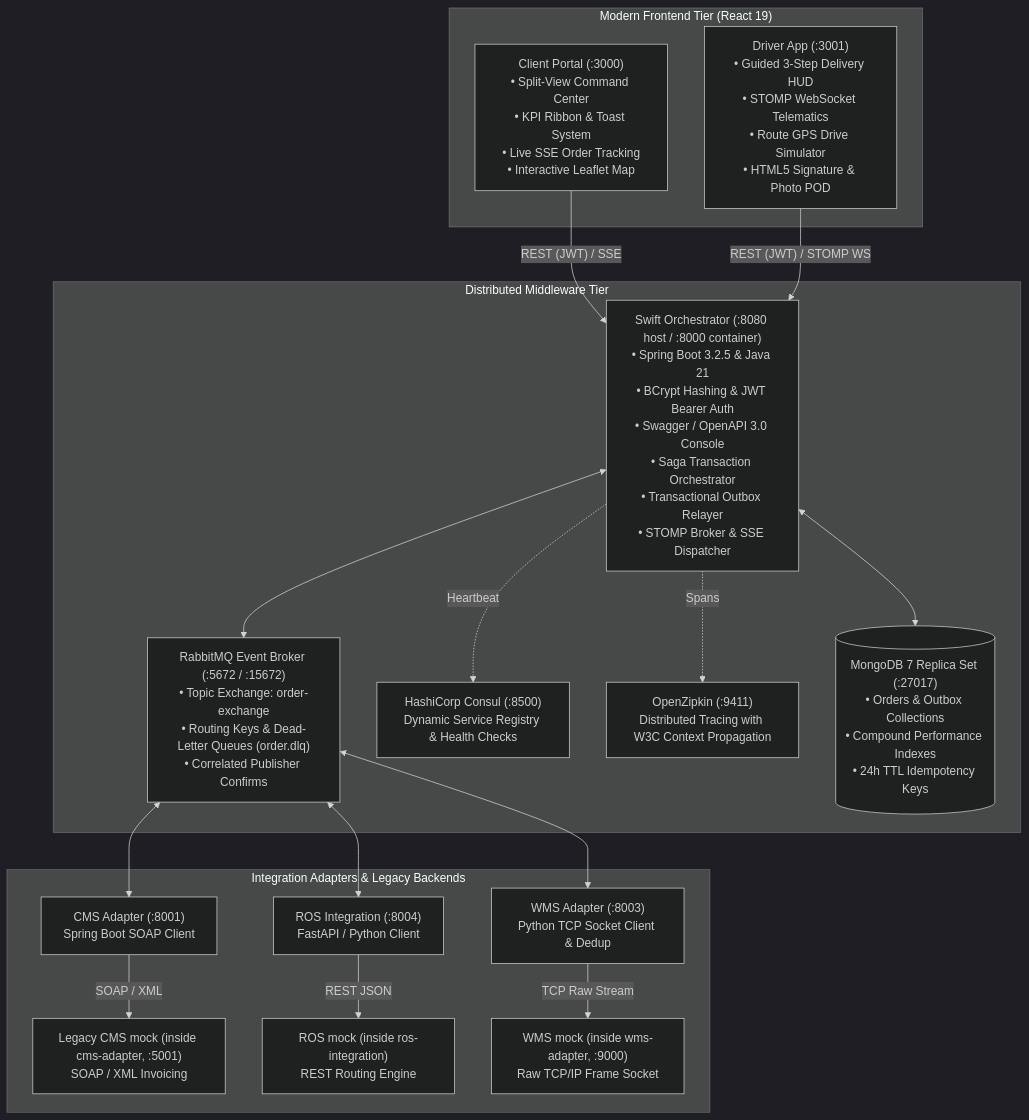
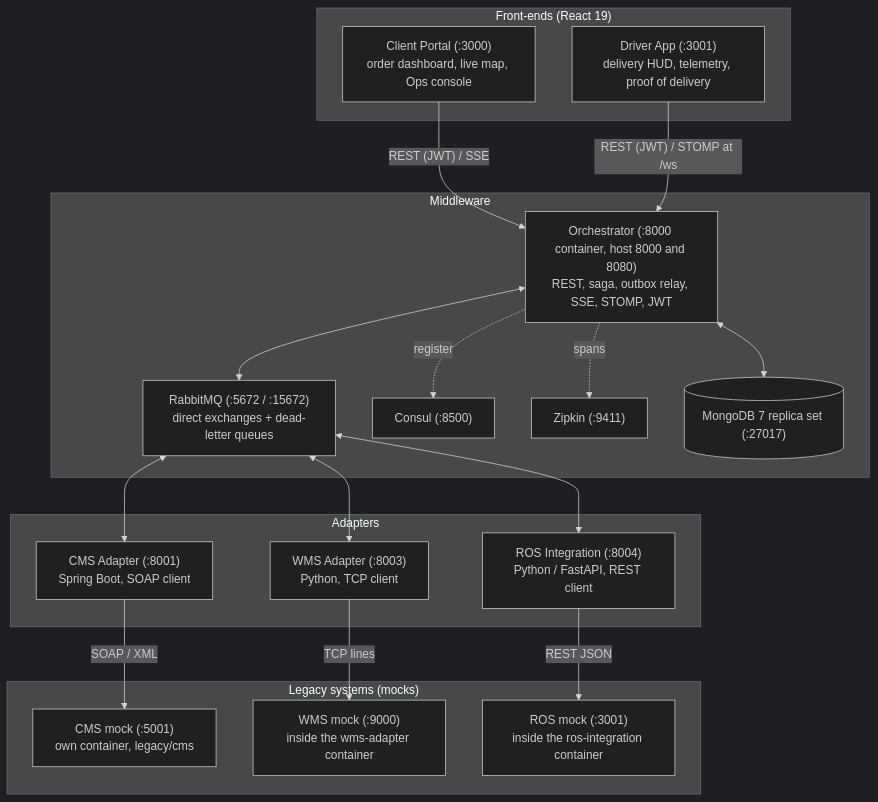
Before and after one commit to sakiththewmika/swift-logistics: the diagram in README.md, drawn with Mermaid (dark theme). The commit also changed other lines of this file and 24 other files, not shown here.

````diff
--- a/README.md
+++ b/README.md
@@ -21,45 +27,40 @@
 ```mermaid
 flowchart TD
-    subgraph Frontend["Modern Frontend Tier (React 19)"]
-        CP["Client Portal (:3000)<br/>• Split-View Command Center<br/>• KPI Ribbon & Toast System<br/>• Live SSE Order Tracking<br/>• Interactive Leaflet Map"]
-        DA["Driver App (:3001)<br/>• Guided 3-Step Delivery HUD<br/>• STOMP WebSocket Telematics<br/>• Route GPS Drive Simulator<br/>• HTML5 Signature & Photo POD"]
+    subgraph Frontend["Front-ends (React 19)"]
+        CP["Client Portal (:3000)<br/>order dashboard, live map, Ops console"]
+        DA["Driver App (:3001)<br/>delivery HUD, telemetry, proof of delivery"]
     end
 
-    subgraph Middleware["Distributed Middleware Tier"]
-        GW["Swift Orchestrator (:8080 host / :8000 container)<br/>• Spring Boot 3.2.5 & Java 21<br/>• BCrypt Hashing & JWT Bearer Auth<br/>• Swagger / OpenAPI 3.0 Console<br/>• Saga Transaction Orchestrator<br/>• Transactional Outbox Relayer<br/>• STOMP Broker & SSE Dispatcher"]
-        
-        RMQ["RabbitMQ Event Broker (:5672 / :15672)<br/>• Topic Exchange: order-exchange<br/>• Routing Keys & Dead-Letter Queues (order.dlq)<br/>• Correlated Publisher Confirms"]
-        
-        CSL["HashiCorp Consul (:8500)<br/>Dynamic Service Registry & Health Checks"]
-        ZPK["OpenZipkin (:9411)<br/>Distributed Tracing with W3C Context Propagation"]
-        MDB[("MongoDB 7 Replica Set (:27017)<br/>• Orders & Outbox Collections<br/>• Compound Performance Indexes<br/>• 24h TTL Idempotency Keys")]
+    subgraph Middleware["Middleware"]
+        ORC["Orchestrator (:8000 container, host 8000 and 8080)<br/>REST, saga, outbox relay, SSE, STOMP, JWT"]
+        RMQ["RabbitMQ (:5672 / :15672)<br/>direct exchanges + dead-letter queues"]
+        CSL["Consul (:8500)"]
+        ZPK["Zipkin (:9411)"]
+        MDB[("MongoDB 7 replica set (:27017)")]
     end
 
-    subgraph Adapters["Integration Adapters & Legacy Backends"]
-        CMSA["CMS Adapter (:8001)<br/>Spring Boot SOAP Client"]
-        LCMS["Legacy CMS mock (inside cms-adapter, :5001)<br/>SOAP / XML Invoicing"]
-
-        ROSA["ROS Integration (:8004)<br/>FastAPI / Python Client"]
-        LROS["ROS mock (inside ros-integration)<br/>REST Routing Engine"]
-
-        WMSA["WMS Adapter (:8003)<br/>Python TCP Socket Client & Dedup"]
-        LWMS["WMS mock (inside wms-adapter, :9000)<br/>Raw TCP/IP Frame Socket"]
+    subgraph Adapters["Adapters"]
+        CMSA["CMS Adapter (:8001)<br/>Spring Boot, SOAP client"]
+        WMSA["WMS Adapter (:8003)<br/>Python, TCP client"]
+        ROSA["ROS Integration (:8004)<br/>Python / FastAPI, REST client"]
     end
 
-    CP -- "REST (JWT) / SSE" --> GW
-    DA -- "REST (JWT) / STOMP WS" --> GW
+    subgraph Legacy["Legacy systems (mocks)"]
+        LCMS["CMS mock (:5001)<br/>own container, legacy/cms"]
+        LWMS["WMS mock (:9000)<br/>inside the wms-adapter container"]
+        LROS["ROS mock (:3001)<br/>inside the ros-integration container"]
+    end
 
-    GW <--> MDB
-    GW <--> RMQ
-    GW -. Heartbeat .-> CSL
-    GW -. Spans .-> ZPK
-
+    CP -- "REST (JWT) / SSE" --> ORC
+    DA -- "REST (JWT) / STOMP at /ws" --> ORC
+    ORC <--> MDB
+    ORC <--> RMQ
+    ORC -. register .-> CSL
+    ORC -. spans .-> ZPK
     RMQ <--> CMSA
+    RMQ <--> WMSA
+    RMQ <--> ROSA
     CMSA -- "SOAP / XML" --> LCMS
-
-    RMQ <--> ROSA
+    WMSA -- "TCP lines" --> LWMS
     ROSA -- "REST JSON" --> LROS
-
-    RMQ <--> WMSA
-    WMSA -- "TCP Raw Stream" --> LWMS
 ```
````
